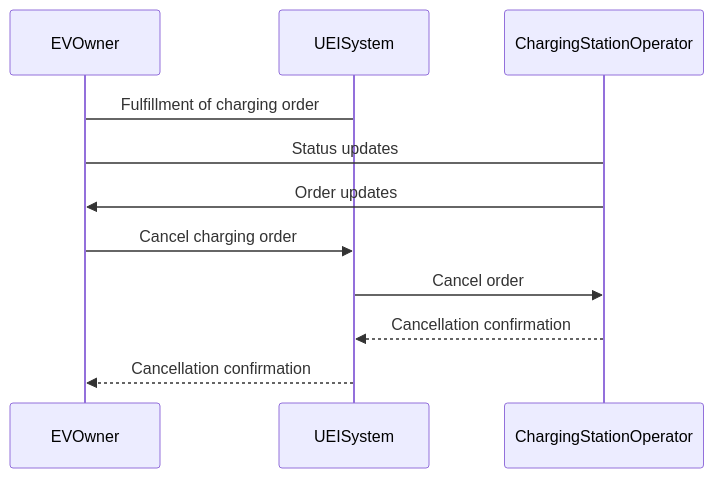
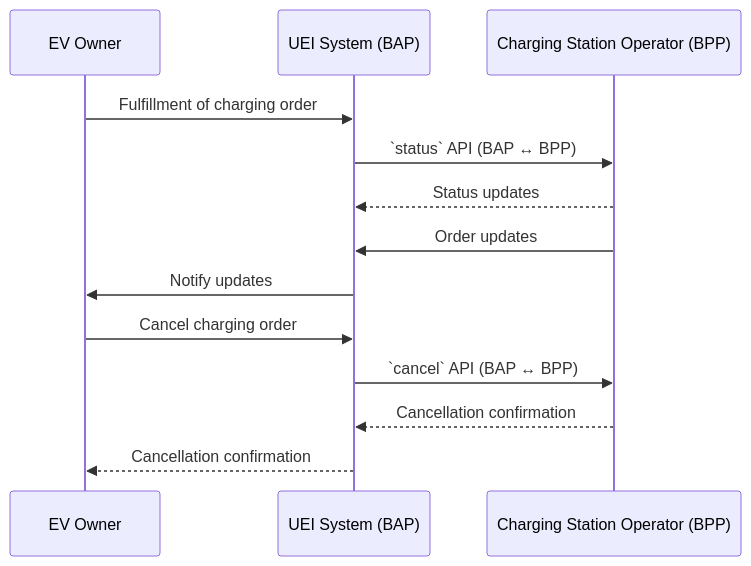
The third of 4 diagrams in docs/ev-charging.md (Beckn-One/DEG), drawn with Mermaid before and after one commit. The commit also changed other lines of this file, not shown here.

Commit message:
diagrams

````diff
--- a/docs/ev-charging.md
+++ b/docs/ev-charging.md
@@ -612,10 +634,17 @@
 ```mermaid
 sequenceDiagram
-EVOwner -> UEISystem: Fulfillment of charging order
-ChargingStationOperator -> EVOwner: Status updates
-ChargingStationOperator ->> EVOwner: Order updates 
-EVOwner ->> UEISystem: Cancel charging order 
-UEISystem ->> ChargingStationOperator: Cancel order
-ChargingStationOperator -->> UEISystem: Cancellation confirmation
-UEISystem -->> EVOwner: Cancellation confirmation
+participant EV as EV Owner
+participant UI as UEI System (BAP)
+participant CSO as Charging Station Operator (BPP)
+
+EV ->> UI: Fulfillment of charging order
+UI ->> CSO: `status` API (BAP ↔ BPP)
+CSO -->> UI: Status updates
+CSO ->> UI: Order updates
+UI ->> EV: Notify updates
+
+EV ->> UI: Cancel charging order
+UI ->> CSO: `cancel` API (BAP ↔ BPP)
+CSO -->> UI: Cancellation confirmation
+UI -->> EV: Cancellation confirmation
 ```
````
